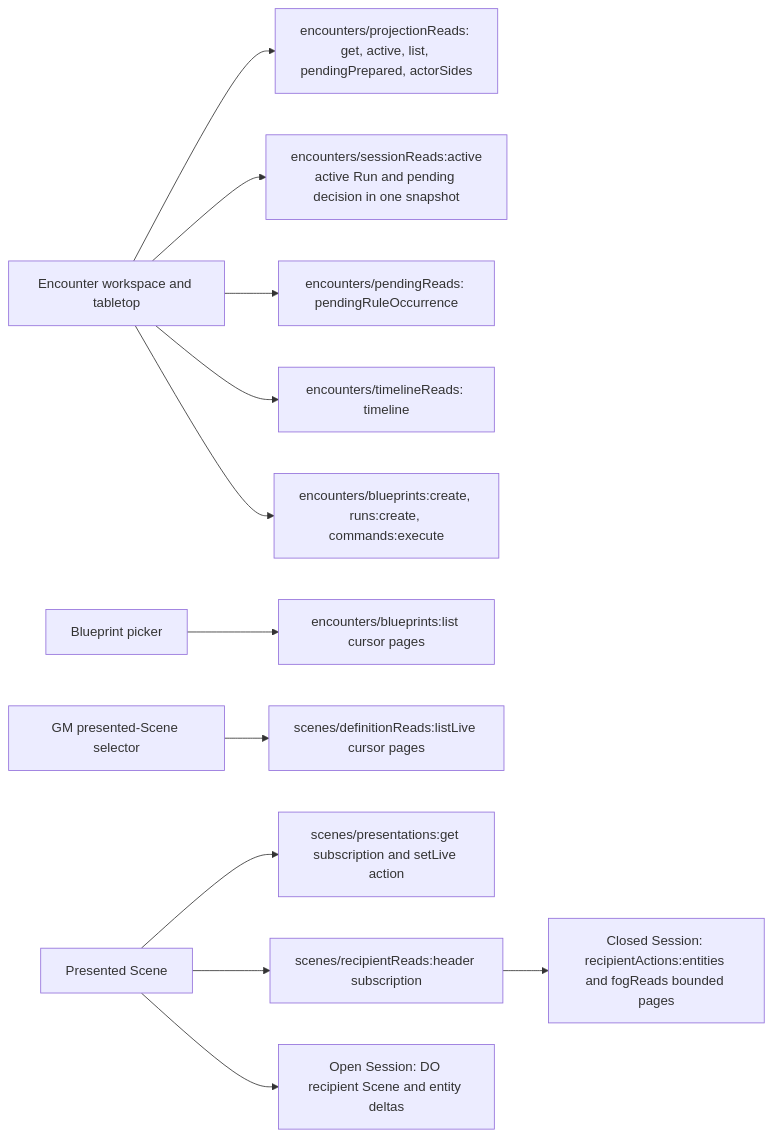
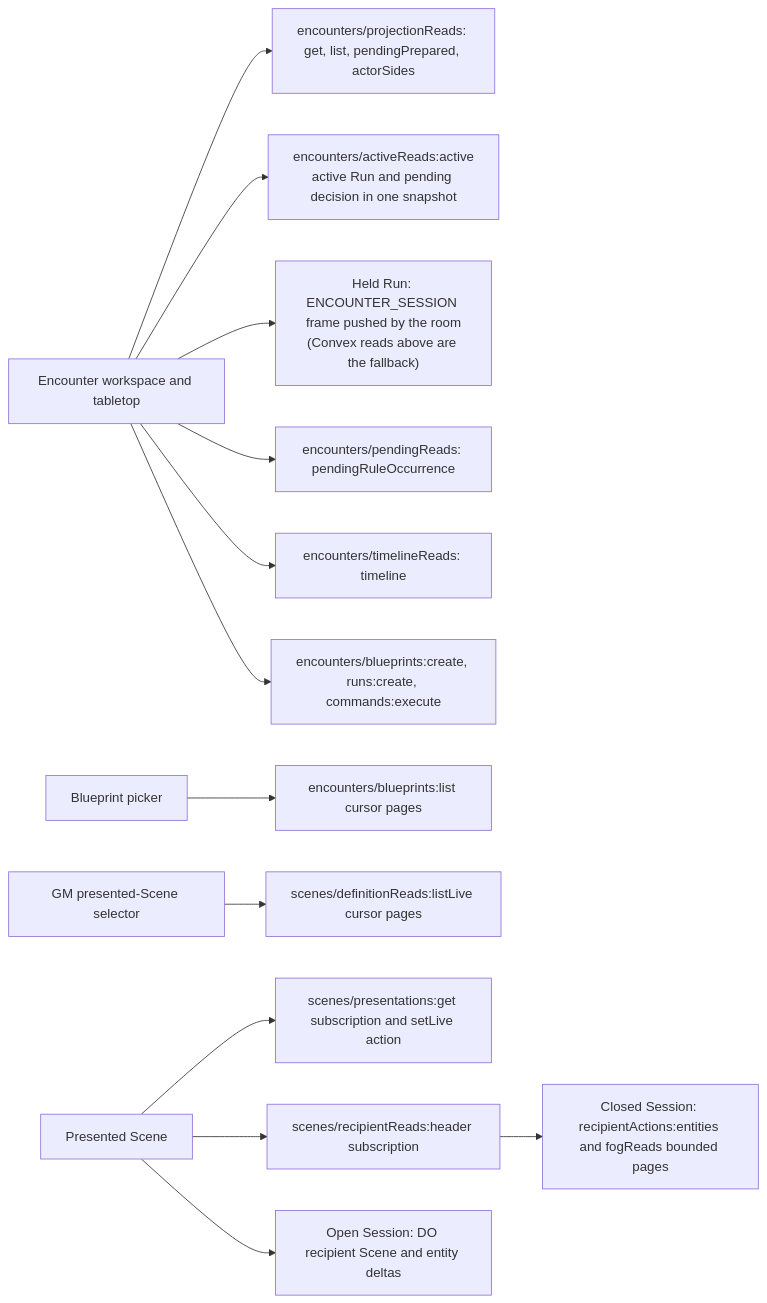
Before and after one commit to MPiland/artificer-toolkit: the third of 5 diagrams in docs/architecture/transport.md, drawn with Mermaid. The commit also changed other lines of this file and 76 other files, not shown here.

First line of the commit message:
Push live Encounter state from the room and meter live-play cost (VS-8)

````diff
--- a/docs/architecture/transport.md
+++ b/docs/architecture/transport.md
@@ -295,14 +295,15 @@
 ```mermaid
 flowchart LR
-  Encounter["Encounter workspace and tabletop"] --> Reads["encounters/projectionReads: get, active, list, pendingPrepared, actorSides"]
-  Encounter --> Session["encounters/sessionReads:active<br/>active Run and pending decision in one snapshot"]
+  Encounter["Encounter workspace and tabletop"] --> Reads["encounters/projectionReads: get, list, pendingPrepared, actorSides"]
+  Encounter --> Session["encounters/activeReads:active<br/>active Run and pending decision in one snapshot"]
+  Encounter --> Held["Held Run: ENCOUNTER_SESSION frame pushed by the room<br/>(Convex reads above are the fallback)"]
   Encounter --> Pending["encounters/pendingReads: pendingRuleOccurrence"]
   Encounter --> Timeline["encounters/timelineReads: timeline"]
   Encounter --> Writes["encounters/blueprints:create, runs:create, commands:execute"]
   Blueprints["Blueprint picker"] --> Pages["encounters/blueprints:list cursor pages"]
   Selector["GM presented-Scene selector"] --> Scenes["scenes/definitionReads:listLive cursor pages"]
   Tabletop["Presented Scene"] --> Presentation["scenes/presentations:get subscription and setLive action"]
   Tabletop --> Header["scenes/recipientReads:header subscription"]
   Tabletop --> Room["Open Session: DO recipient Scene and entity deltas"]
   Header --> Hydration["Closed Session: recipientActions:entities and fogReads bounded pages"]
 ```
````
